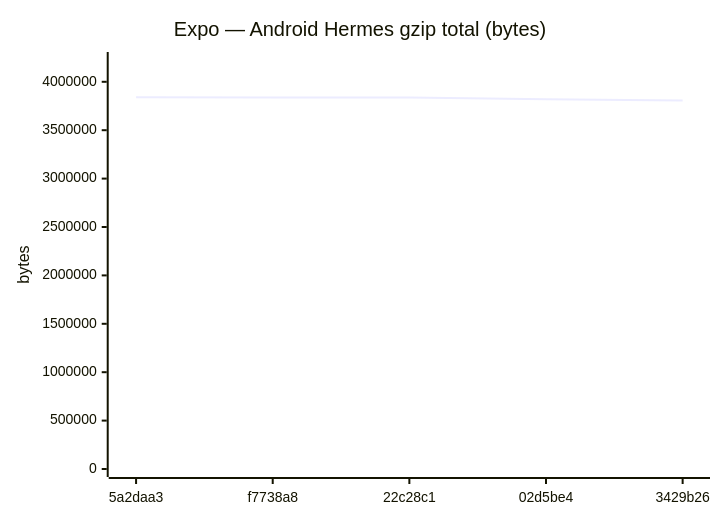
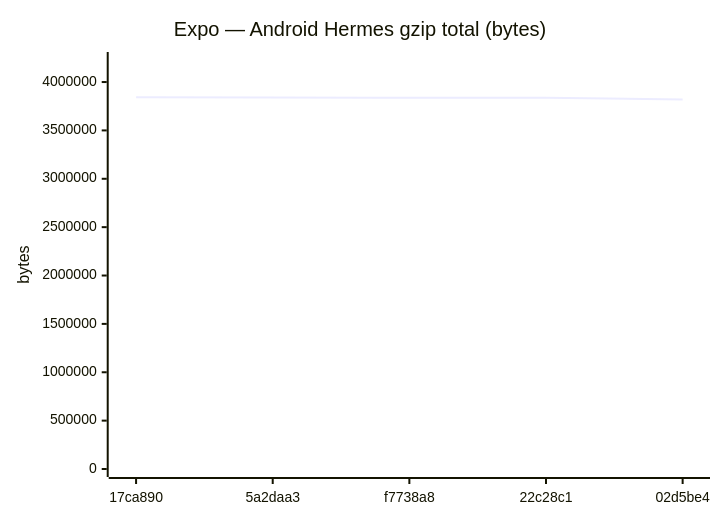
One commit to Metaheurist/Rianell changed diagram 11 of 18 in benchmarks/compare.md. Above: the diagram before and after it, drawn with Mermaid. The commit also changed other lines of this file and 11 other files, not shown here.

````diff
--- a/benchmarks/compare.md
+++ b/benchmarks/compare.md
@@ -172,7 +172,7 @@
 ```mermaid
 xychart-beta
     title "Expo — Android Hermes gzip total (bytes)"
-    x-axis ["5a2daa3", "f7738a8", "22c28c1", "02d5be4", "3429b26"]
-    y-axis "bytes" 0 --> 4225196
-    line [3841087, 3837618, 3836645, 3819535, 3807947]
+    x-axis ["17ca890", "5a2daa3", "f7738a8", "22c28c1", "02d5be4"]
+    y-axis "bytes" 0 --> 4227822
+    line [3843474, 3841087, 3837618, 3836645, 3819535]
 ```
````
